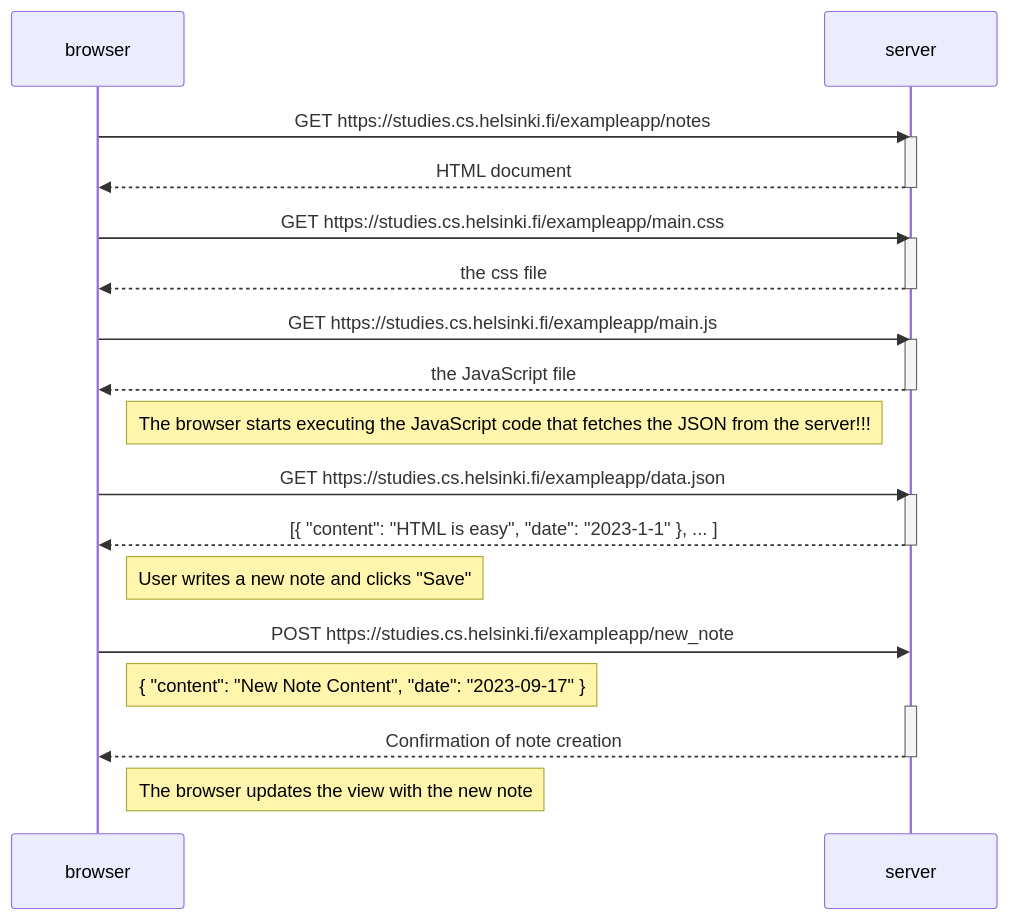
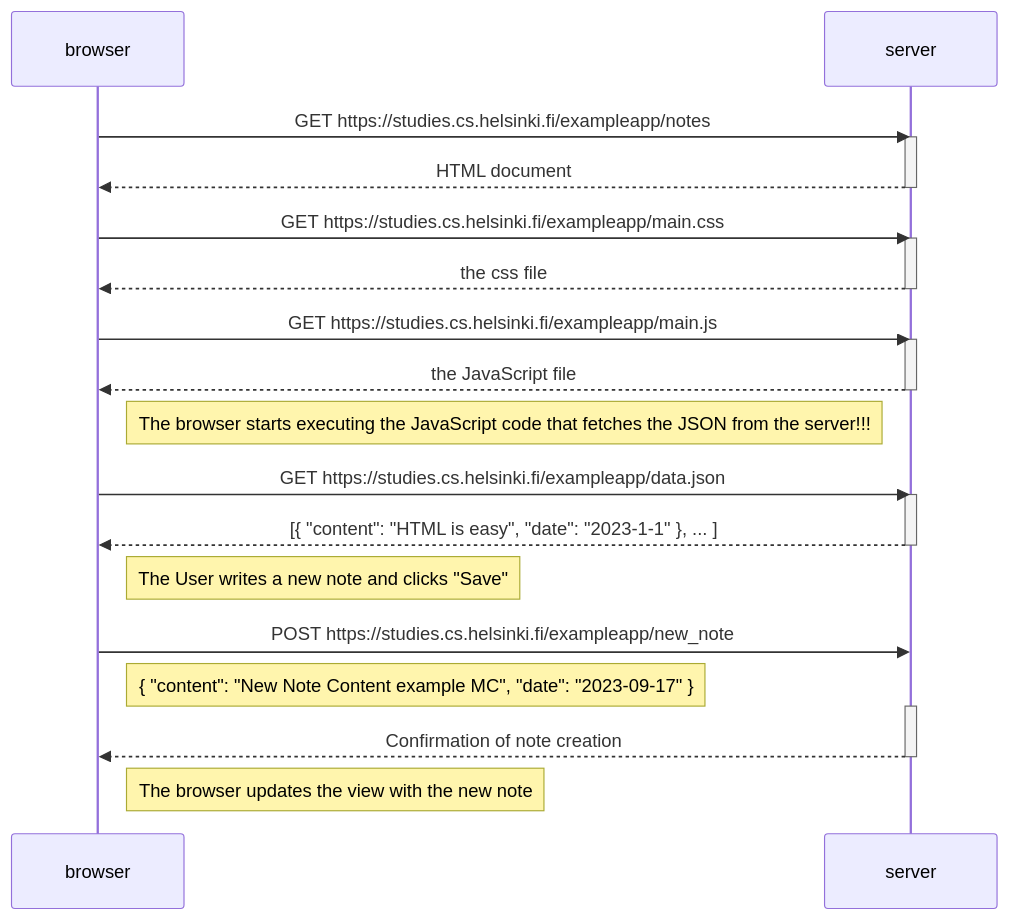
The diagram in part_0/04_new_note_diagram.md (MCosuna/full-stack-open), drawn with Mermaid before and after one commit.

````diff
--- a/part_0/04_new_note_diagram.md
+++ b/part_0/04_new_note_diagram.md
@@ -1,37 +1,37 @@
 ```mermaid
 sequenceDiagram
     participant browser
     participant server
 
     browser->>server: GET https://studies.cs.helsinki.fi/exampleapp/notes
     activate server
     server-->>browser: HTML document
     deactivate server
 
     browser->>server: GET https://studies.cs.helsinki.fi/exampleapp/main.css
     activate server
     server-->>browser: the css file
     deactivate server
 
     browser->>server: GET https://studies.cs.helsinki.fi/exampleapp/main.js
     activate server
     server-->>browser: the JavaScript file
     deactivate server
 
     Note right of browser: The browser starts executing the JavaScript code that fetches the JSON from the server!!!
 
     browser->>server: GET https://studies.cs.helsinki.fi/exampleapp/data.json
     activate server
     server-->>browser: [{ "content": "HTML is easy", "date": "2023-1-1" }, ... ]
     deactivate server
 
-    Note right of browser: User writes a new note and clicks "Save"
+    Note right of browser: The User writes a new note and clicks "Save"
 
     browser->>server: POST https://studies.cs.helsinki.fi/exampleapp/new_note
-    Note right of browser: { "content": "New Note Content", "date": "2023-09-17" }
+    Note right of browser: { "content": "New Note Content example MC", "date": "2023-09-17" }
     activate server
     server-->>browser: Confirmation of note creation
     deactivate server
 
     Note right of browser: The browser updates the view with the new note
 ```
````
